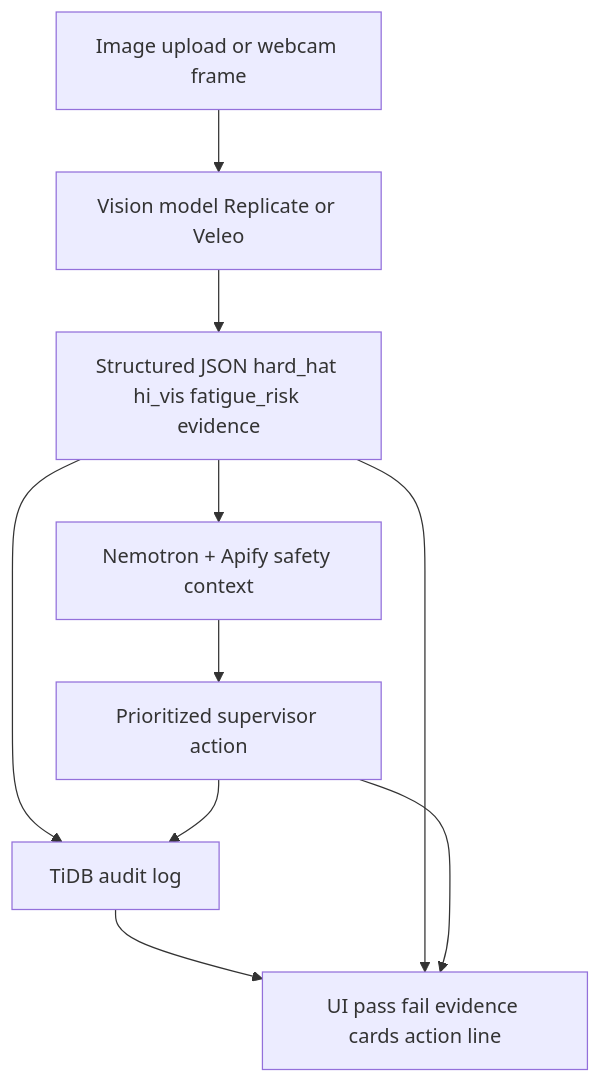
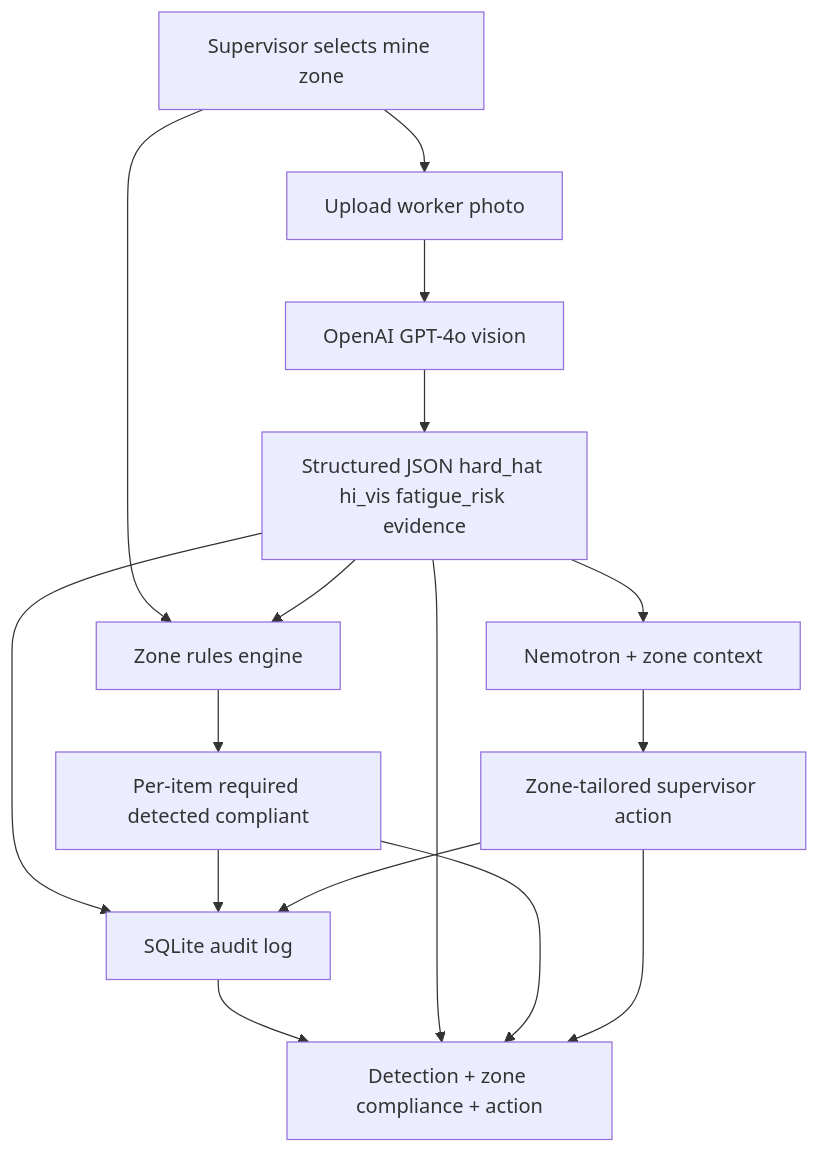
One commit to Anaskaysar/Northern-Shift-Gaurd changed the first of 3 diagrams in docs/PLAN.md. Above: the diagram before and after it, drawn with Mermaid. The commit also changed other lines of this file and 38 other files, not shown here.

First line of the commit message:
Add zone-aware demo, SQLite audit, and Docker deploy config.

````diff
--- a/docs/PLAN.md
+++ b/docs/PLAN.md
@@ -44,17 +45,25 @@
 ```mermaid
 flowchart TD
-  Image[Image upload or webcam frame]
-  Vision[Vision model Replicate or Veleo]
+  Zone[Supervisor selects mine zone]
+  Image[Upload worker photo]
+  Vision[OpenAI GPT-4o vision]
   JSON[Structured JSON hard_hat hi_vis fatigue_risk evidence]
-  Nemotron[Nemotron + Apify safety context]
-  Action[Prioritized supervisor action]
-  TiDB[TiDB audit log]
-  UI[UI pass fail evidence cards action line]
+  ZoneRules[Zone rules engine]
+  Compliance[Per-item required detected compliant]
+  Nemotron[Nemotron + zone context]
+  Action[Zone-tailored supervisor action]
+  Audit[SQLite audit log]
+  UI[Detection + zone compliance + action]
 
-  Image --> Vision --> JSON --> Nemotron --> Action
-  JSON --> TiDB
-  Action --> TiDB
-  TiDB --> UI
+  Zone --> Image --> Vision --> JSON
+  Zone --> ZoneRules
+  JSON --> ZoneRules --> Compliance
+  JSON --> Nemotron --> Action
+  JSON --> Audit
+  Compliance --> Audit
+  Action --> Audit
+  Audit --> UI
   JSON --> UI
+  Compliance --> UI
   Action --> UI
 ```
````
